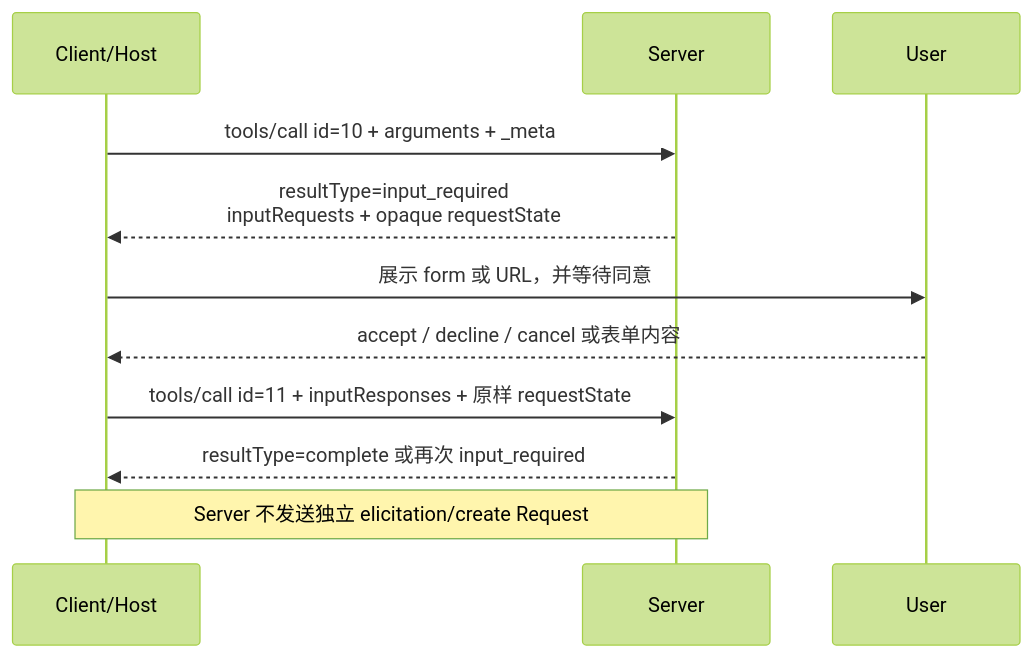
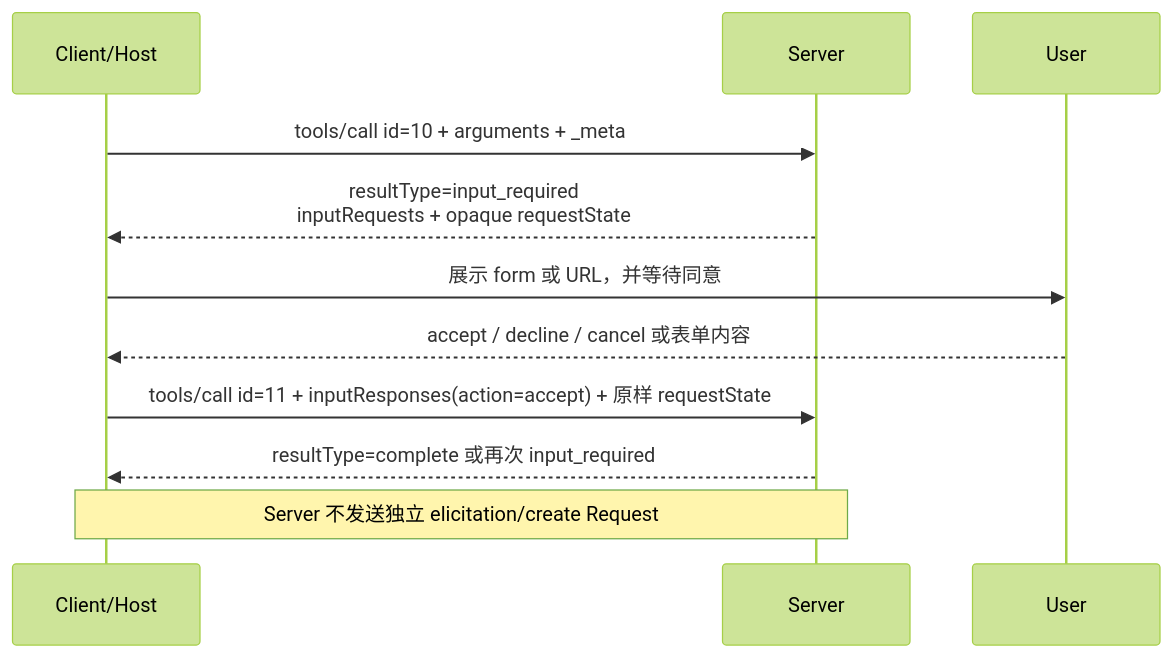
Before and after one commit to clint-sfy/clintsfy.github.io: the diagram in docs/courses/agent/06-MCP/09-Elicitation与Multi-Round-Trip-Requests.md, drawn with Mermaid (forest theme). The commit also changed other lines of this file and 17 other files, not shown here.

```diff
--- a/docs/courses/agent/06-MCP/09-Elicitation与Multi-Round-Trip-Requests.md
+++ b/docs/courses/agent/06-MCP/09-Elicitation与Multi-Round-Trip-Requests.md
@@ -63,12 +63,12 @@
 ~~~mermaid
 sequenceDiagram
     participant C as Client/Host
     participant S as Server
     C->>S: tools/call id=10 + arguments + _meta
     S-->>C: resultType=input_required<br/>inputRequests + opaque requestState
     C->>User: 展示 form 或 URL，并等待同意
     User-->>C: accept / decline / cancel 或表单内容
-    C->>S: tools/call id=11 + inputResponses + 原样 requestState
+    C->>S: tools/call id=11 + inputResponses(action=accept) + 原样 requestState
     S-->>C: resultType=complete 或再次 input_required
     Note over C,S: Server 不发送独立 elicitation/create Request
 ~~~
```
